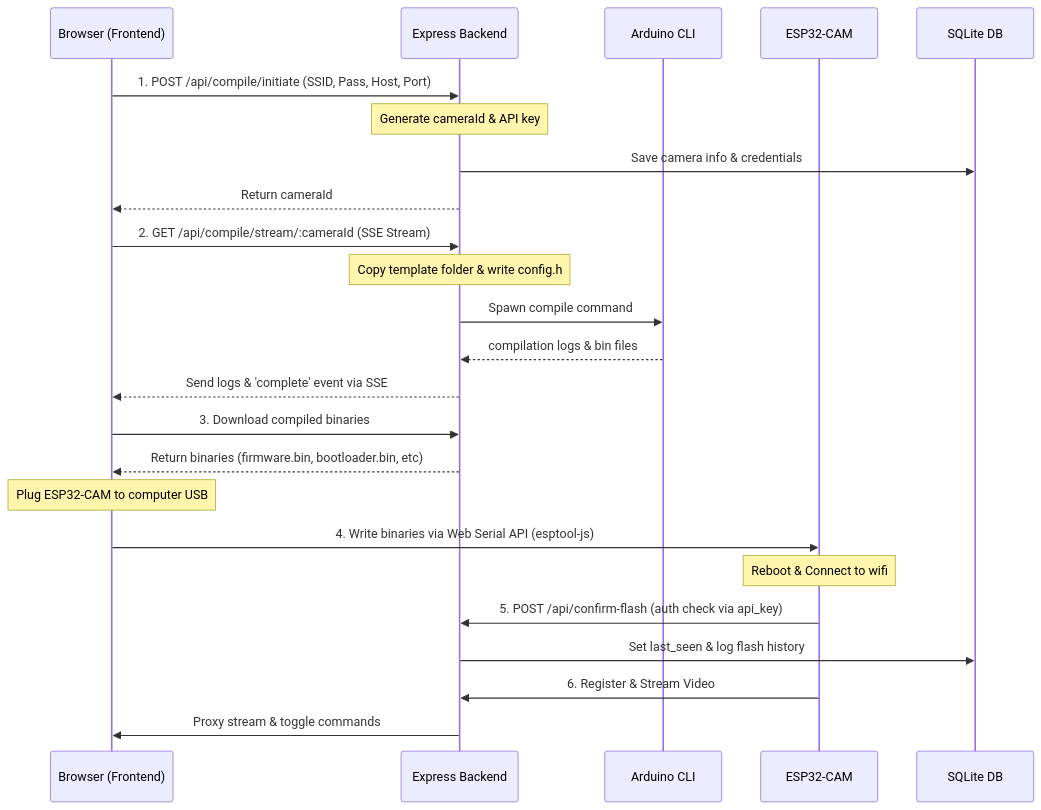
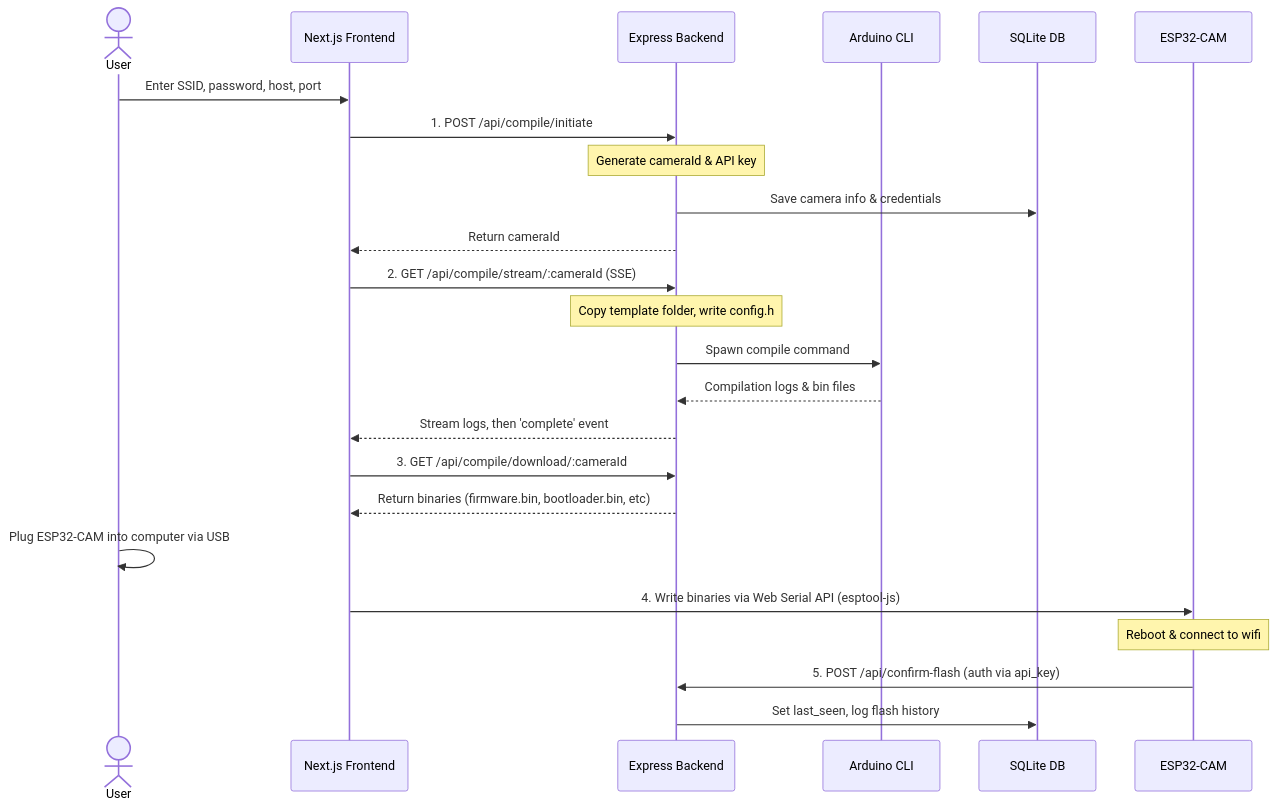
The second of 3 diagrams in docs/architecture.md (jauzin23/CAMron), drawn with Mermaid before and after one commit. The commit also changed other lines of this file and 2 other files, not shown here.

Commit message:
docs: update system architecture, security, and setup documentation

````diff
--- a/docs/architecture.md
+++ b/docs/architecture.md
@@ -18,32 +28,31 @@
 ```mermaid
 sequenceDiagram
-    participant User as Browser (Frontend)
+    actor User
+    participant Frontend as Next.js Frontend
     participant Backend as Express Backend
     participant ArduinoCLI as Arduino CLI
+    participant DB as SQLite DB
     participant ESP32 as ESP32-CAM
-    participant DB as SQLite DB
 
-    User->>Backend: 1. POST /api/compile/initiate (SSID, Pass, Host, Port)
+    User->>Frontend: Enter SSID, password, host, port
+    Frontend->>Backend: 1. POST /api/compile/initiate
     Note over Backend: Generate cameraId & API key
     Backend->>DB: Save camera info & credentials
-    Backend-->>User: Return cameraId
+    Backend-->>Frontend: Return cameraId
 
-    User->>Backend: 2. GET /api/compile/stream/:cameraId (SSE Stream)
-    Note over Backend: Copy template folder & write config.h
+    Frontend->>Backend: 2. GET /api/compile/stream/:cameraId (SSE)
+    Note over Backend: Copy template folder, write config.h
     Backend->>ArduinoCLI: Spawn compile command
-    ArduinoCLI-->>Backend: compilation logs & bin files
-    Backend-->>User: Send logs & 'complete' event via SSE
+    ArduinoCLI-->>Backend: Compilation logs & bin files
+    Backend-->>Frontend: Stream logs, then 'complete' event
 
-    User->>Backend: 3. Download compiled binaries
-    Backend-->>User: Return binaries (firmware.bin, bootloader.bin, etc)
+    Frontend->>Backend: 3. GET /api/compile/download/:cameraId
+    Backend-->>Frontend: Return binaries (firmware.bin, bootloader.bin, etc)
 
-    Note over User: Plug ESP32-CAM to computer USB
-    User->>ESP32: 4. Write binaries via Web Serial API (esptool-js)
+    User->>User: Plug ESP32-CAM into computer via USB
+    Frontend->>ESP32: 4. Write binaries via Web Serial API (esptool-js)
 
-    Note over ESP32: Reboot & Connect to wifi
-    ESP32->>Backend: 5. POST /api/confirm-flash (auth check via api_key)
-    Backend->>DB: Set last_seen & log flash history
-
-    ESP32->>Backend: 6. Register & Stream Video
-    Backend->>User: Proxy stream & toggle commands
+    Note over ESP32: Reboot & connect to wifi
+    ESP32->>Backend: 5. POST /api/confirm-flash (auth via api_key)
+    Backend->>DB: Set last_seen, log flash history
 ```
````
